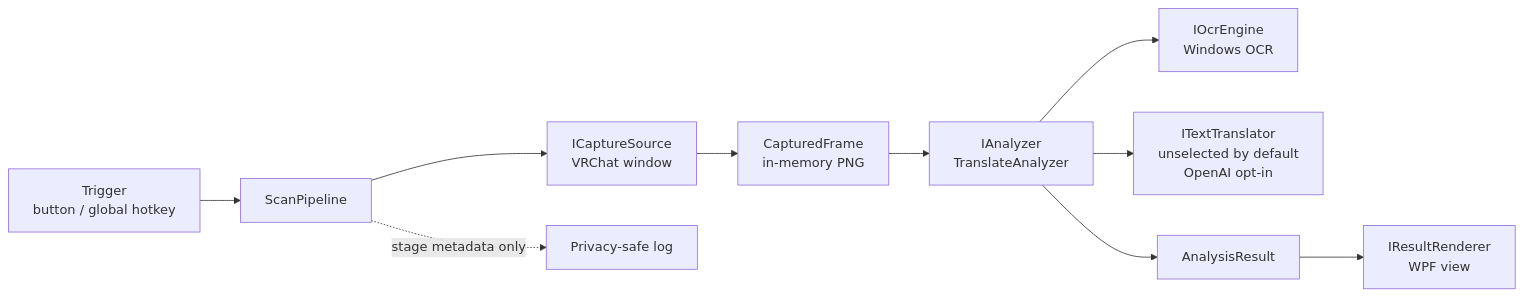
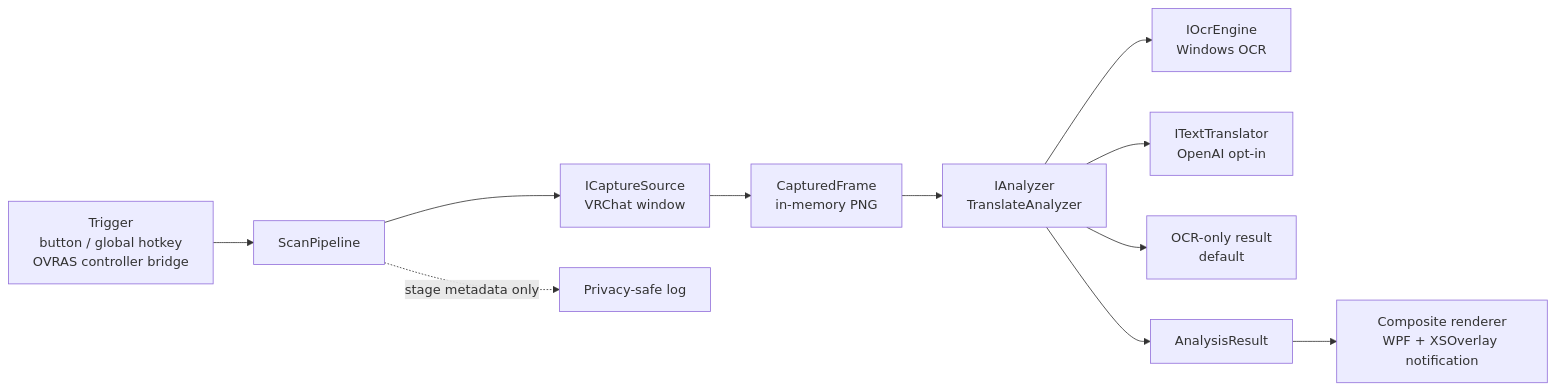
The diagram in DESIGN.md (Na2ki-BB/vrchat-visual-assistant), drawn with Mermaid before and after one commit. The commit also changed other lines of this file and 3 other files, not shown here.

````diff
--- a/DESIGN.md
+++ b/DESIGN.md
@@ -159,12 +163,13 @@
 ```mermaid
 flowchart LR
-    T[Trigger<br/>button / global hotkey] --> P[ScanPipeline]
+    T[Trigger<br/>button / global hotkey<br/>OVRAS controller bridge] --> P[ScanPipeline]
     P --> C[ICaptureSource<br/>VRChat window]
     C --> F[CapturedFrame<br/>in-memory PNG]
     F --> A[IAnalyzer<br/>TranslateAnalyzer]
     A --> O[IOcrEngine<br/>Windows OCR]
-    A --> X[ITextTranslator<br/>unselected by default<br/>OpenAI opt-in]
+    A --> X[ITextTranslator<br/>OpenAI opt-in]
+    A --> N[OCR-only result<br/>default]
     A --> R[AnalysisResult]
-    R --> V[IResultRenderer<br/>WPF view]
+    R --> V[Composite renderer<br/>WPF + XSOverlay notification]
     P -. stage metadata only .-> L[Privacy-safe log]
 ```
````
